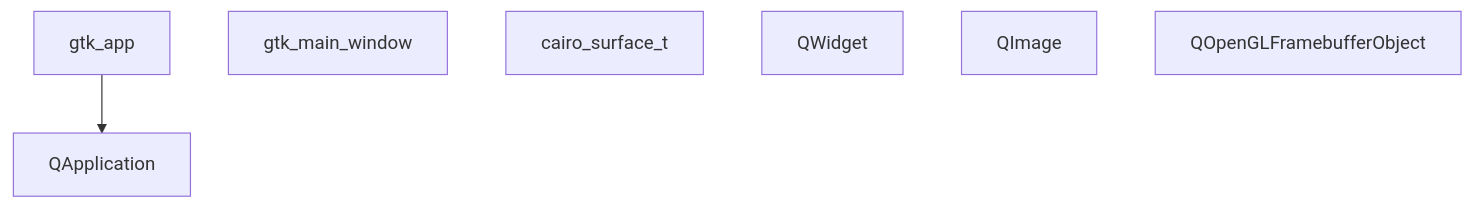
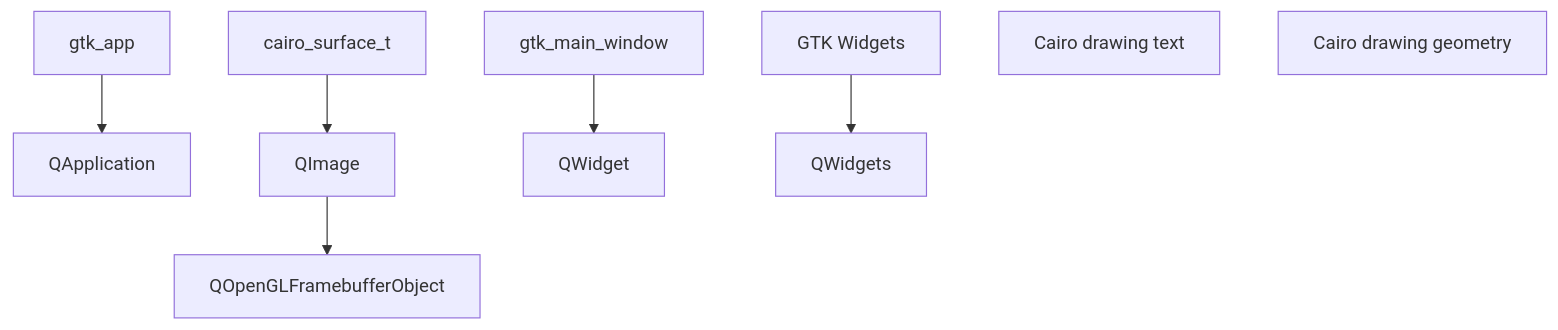
One commit to w0lek/ezgl changed the first of 2 diagrams in doc/qtport.md. Above: the diagram before and after it, drawn with Mermaid. The commit also changed other lines of this file, not shown here.

Commit message:
checkpoint

````diff
--- a/doc/qtport.md
+++ b/doc/qtport.md
@@ -13,16 +15,23 @@
 ```mermaid
 flowchart TD
   %% gtk
   gtk_app[gtk_app]
-  gtk_main_window[gtk_main_window]
+  gtk_window[gtk_main_window]
   cairo_surface_t[cairo_surface_t]
+  gtk_widgets[GTK Widgets]
+  cairo_txt[Cairo drawing text]
+  cairo_geom[Cairo drawing geometry]
 
   %% qt
   qapp[QApplication]
+  qimage[QImage]
   qwidget[QWidget]
-  qimage[QImage]
+  qwidgets[QWidgets]
   qfbo[QOpenGLFramebufferObject]
 
   gtk_app --> qapp
-  
+  gtk_window --> qwidget
+  cairo_surface_t --> qimage
+  qimage --> qfbo 
+  gtk_widgets --> qwidgets
 ```
````
